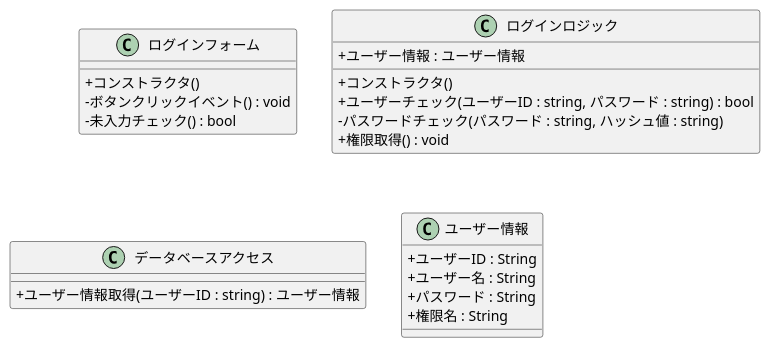
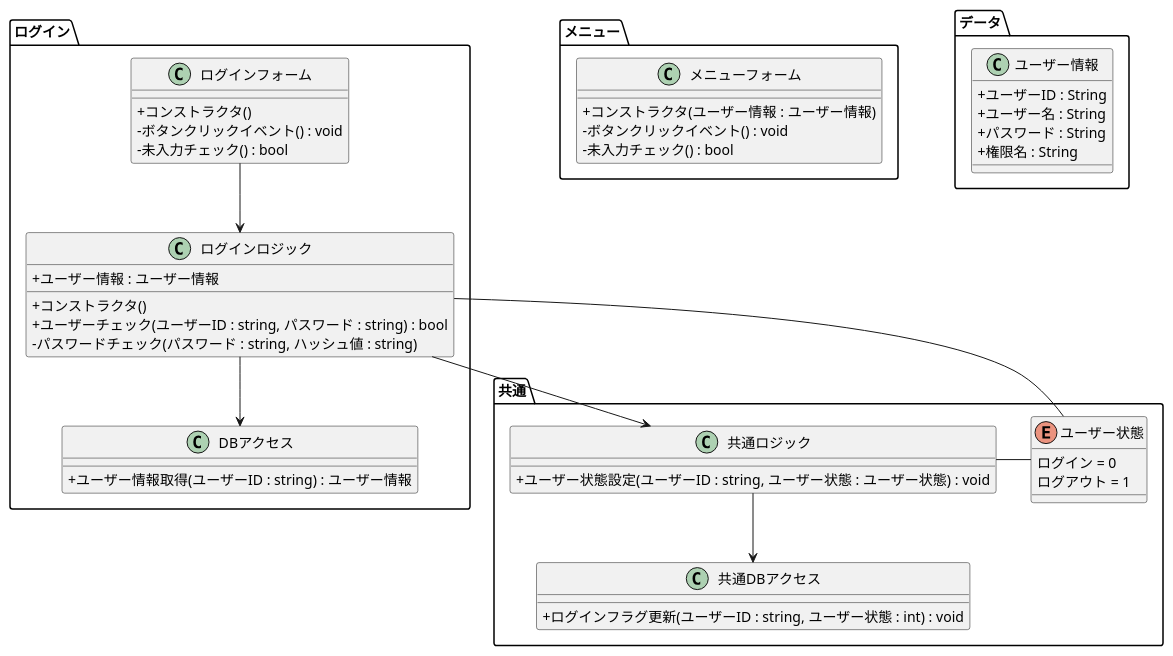
One commit to R-SAIKI/practiceUML changed the diagram in クラス図/ログイン.pu. Above: the diagram before and after it, drawn with PlantUML. The commit also changed 20 other files, not shown here.

Commit message:
ログイン機能とログアウト機能のシーケンス図完成

```diff
--- a/クラス図/ログイン.pu
+++ b/クラス図/ログイン.pu
@@ -1,27 +1,57 @@
 @startuml
 skinparam classAttributeIconSize 0
-class ログインフォーム {
-  + コンストラクタ()
-  - ボタンクリックイベント() : void
-  - 未入力チェック() : bool
+ログイン.ログインフォーム --> ログイン.ログインロジック
+ログイン.ログインロジック --> ログイン.DBアクセス
+ログイン.ログインロジック --> 共通.共通ロジック
+共通.共通ロジック --> 共通.共通DBアクセス
+共通.共通ロジック - 共通.ユーザー状態
+ログイン.ログインロジック - 共通.ユーザー状態
+
+namespace ログイン #FFFFFF {
+  class ログインフォーム {
+    + コンストラクタ()
+    - ボタンクリックイベント() : void
+    - 未入力チェック() : bool
+  }
+  
+  class ログインロジック {
+     + ユーザー情報 : ユーザー情報
+     + コンストラクタ()
+     + ユーザーチェック(ユーザーID : string, パスワード : string) : bool
+     - パスワードチェック(パスワード : string, ハッシュ値 : string)
+  }
+  
+  class DBアクセス {
+     + ユーザー情報取得(ユーザーID : string) : ユーザー情報
+  }
 }
+namespace 共通 #FFFFFF {
+  enum ユーザー状態 {
+    ログイン = 0
+    ログアウト = 1
+  }
 
-class ログインロジック {
-   + ユーザー情報 : ユーザー情報
-   + コンストラクタ()
-   + ユーザーチェック(ユーザーID : string, パスワード : string) : bool
-   - パスワードチェック(パスワード : string, ハッシュ値 : string)
-   + 権限取得() : void
+  class 共通ロジック {
+    + ユーザー状態設定(ユーザーID : string, ユーザー状態 : ユーザー状態) : void
+  }
+  
+  class 共通DBアクセス {
+    + ログインフラグ更新(ユーザーID : string, ユーザー状態 : int) : void
+  }
 }
-
-class データベースアクセス {
-   + ユーザー情報取得(ユーザーID : string) : ユーザー情報
+namespace メニュー #FFFFFF {
+  class メニューフォーム {
+    + コンストラクタ(ユーザー情報 : ユーザー情報)
+    - ボタンクリックイベント() : void
+    - 未入力チェック() : bool
+  }
 }
-
-class ユーザー情報 {
-   + ユーザーID : String
-   + ユーザー名 : String
-   + パスワード : String
-   + 権限名 : String
+namespace データ #FFFFFF {
+  class ユーザー情報 {
+     + ユーザーID : String
+     + ユーザー名 : String
+     + パスワード : String
+     + 権限名 : String
+  }
 }
 @enduml
```
